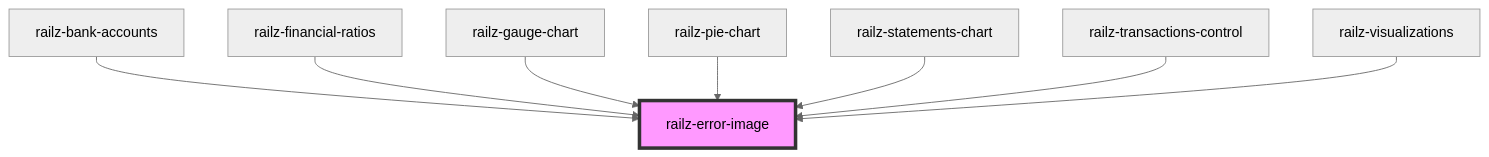
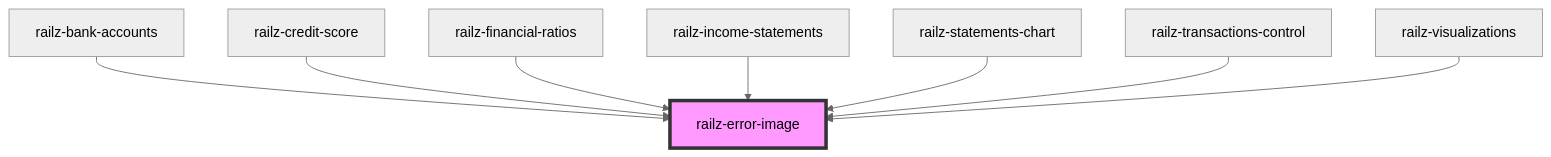
The diagram in packages/components/src/elements/error/readme.md (railz-ai/railz-visualizations), drawn with Mermaid (neutral theme) before and after one commit. The commit also changed other lines of this file and 86 other files, not shown here.

````diff
--- a/packages/components/src/elements/error/readme.md
+++ b/packages/components/src/elements/error/readme.md
@@ -29,11 +29,11 @@
 ```mermaid
 graph TD;
   railz-bank-accounts --> railz-error-image
+  railz-credit-score --> railz-error-image
   railz-financial-ratios --> railz-error-image
-  railz-gauge-chart --> railz-error-image
-  railz-pie-chart --> railz-error-image
+  railz-income-statements --> railz-error-image
   railz-statements-chart --> railz-error-image
   railz-transactions-control --> railz-error-image
   railz-visualizations --> railz-error-image
   style railz-error-image fill:#f9f,stroke:#333,stroke-width:4px
 ```
````
